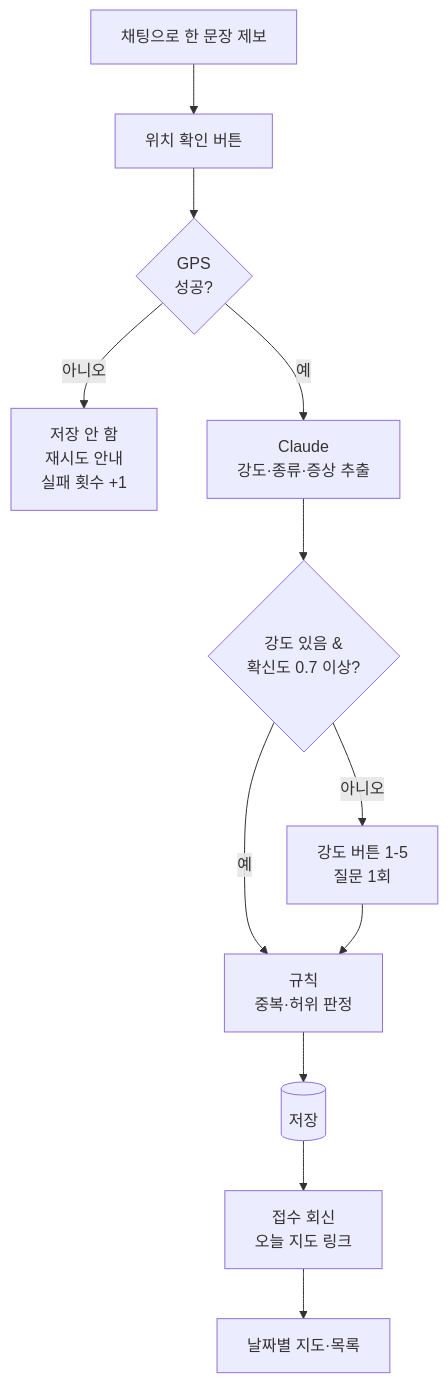
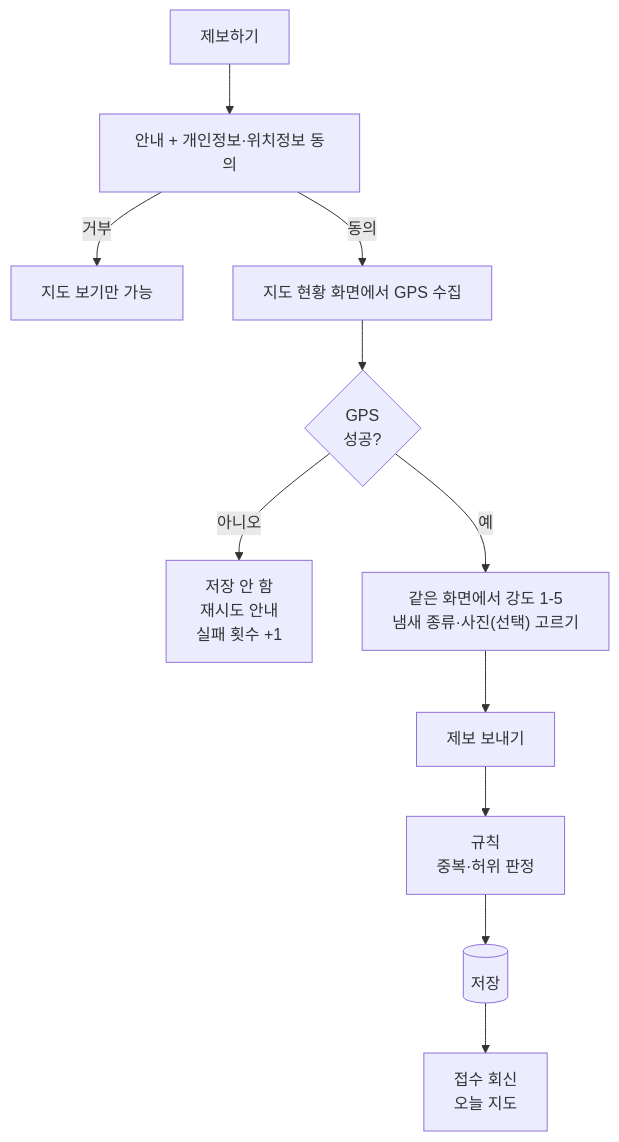
The diagram in docs/PRD.md (hunchulchoi/Jeju-breath-2026), drawn with Mermaid before and after one commit. The commit also changed other lines of this file and 31 other files, not shown here.

````diff
--- a/docs/PRD.md
+++ b/docs/PRD.md
@@ -95,14 +109,13 @@
 ```mermaid
 flowchart TD
-  A["채팅으로 한 문장 제보"] --> B["위치 확인 버튼"]
-  B --> C{"GPS<br/>성공?"}
-  C -- 아니오 --> X["저장 안 함<br/>재시도 안내<br/>실패 횟수 +1"]
-  C -- 예 --> D["Claude<br/>강도·종류·증상 추출"]
-  D --> E{"강도 있음 &<br/>확신도 0.7 이상?"}
-  E -- 아니오 --> F["강도 버튼 1-5<br/>질문 1회"]
-  E -- 예 --> G["규칙<br/>중복·허위 판정"]
-  F --> G
+  A["제보하기"] --> B["안내 + 개인정보·위치정보 동의"]
+  B -- 거부 --> M["지도 보기만 가능"]
+  B -- 동의 --> C["지도 현황 화면에서 GPS 수집"]
+  C --> D{"GPS<br/>성공?"}
+  D -- 아니오 --> X["저장 안 함<br/>재시도 안내<br/>실패 횟수 +1"]
+  D -- 예 --> E["같은 화면에서 강도 1-5<br/>냄새 종류·사진(선택) 고르기"]
+  E --> F["제보 보내기"]
+  F --> G["규칙<br/>중복·허위 판정"]
   G --> H[("저장")]
-  H --> I["접수 회신<br/>오늘 지도 링크"]
-  I --> J["날짜별 지도·목록"]
+  H --> I["접수 회신<br/>오늘 지도"]
 ```
````
